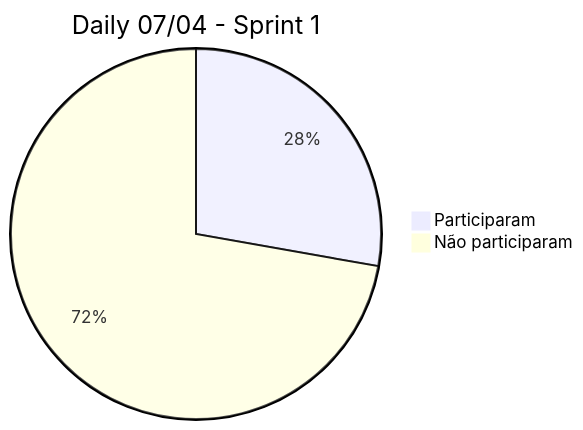
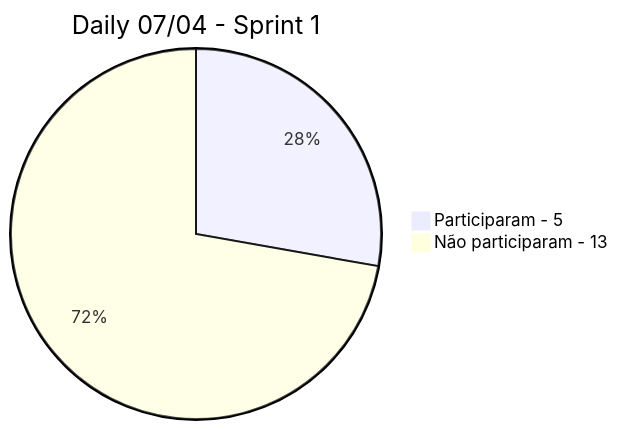
Before and after one commit to VeiculosMontadora/Backup_Wiki: the fifth of 8 diagrams in Sprints.md, drawn with Mermaid. The commit also changed other lines of this file, not shown here.

````diff
--- a/Sprints.md
+++ b/Sprints.md
@@ -98,5 +526,5 @@
 ```mermaid
 pie title Daily 07/04 - Sprint 1
-    "Participaram" : 5
-    "Não participaram" : 13
+    "Participaram - 5" : 5
+    "Não participaram - 13" : 13
 ```
````
